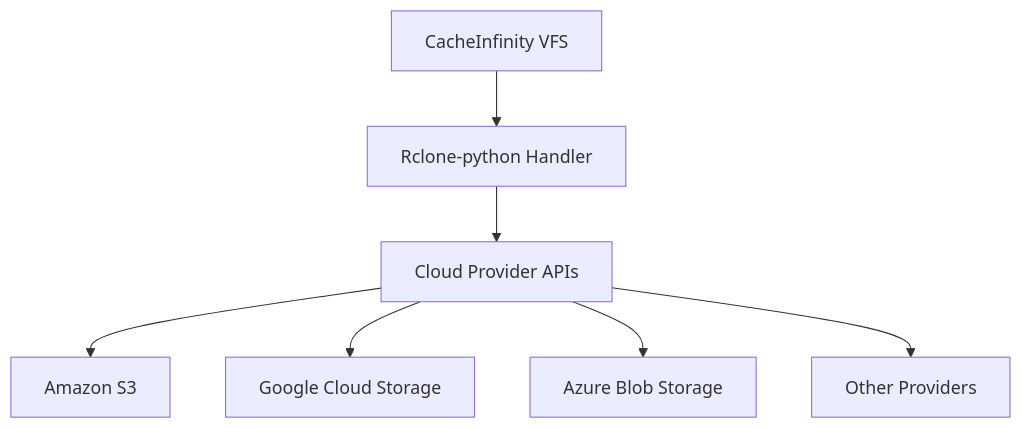
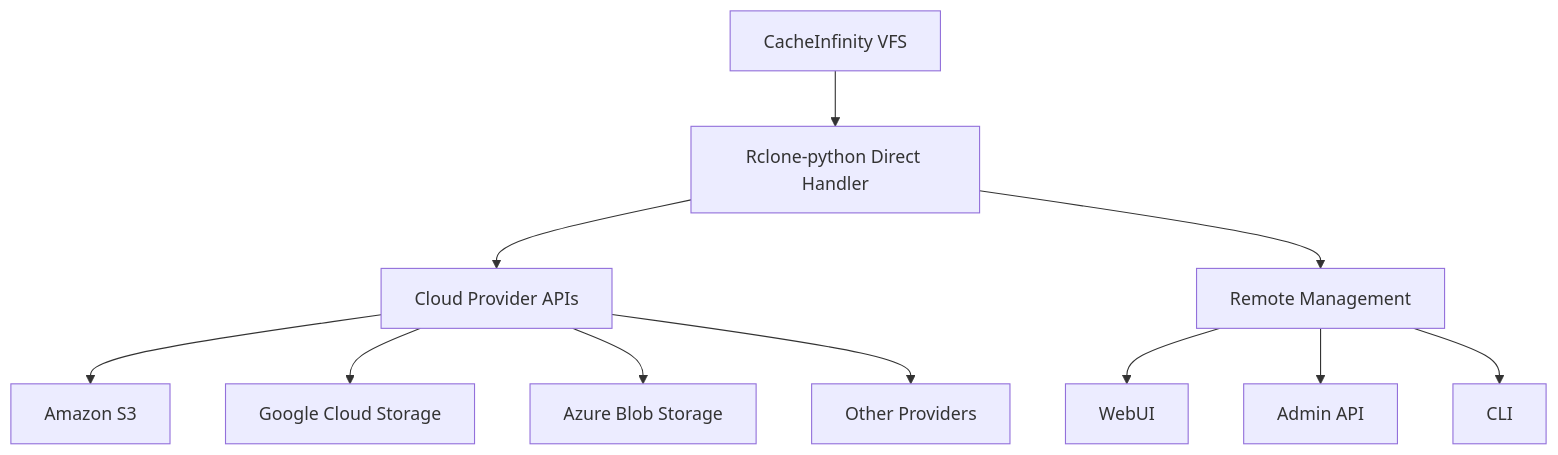
One commit to bi0shacker001/cache-infinity changed the second of 2 diagrams in SPEC.md. Above: the diagram before and after it, drawn with Mermaid. The commit also changed other lines of this file and 57 other files, not shown here.

````diff
--- a/SPEC.md
+++ b/SPEC.md
@@ -354,9 +353,13 @@
 ```mermaid
 graph TD
-    A[CacheInfinity VFS] --> B[Rclone-python Handler]
+    A[CacheInfinity VFS] --> B[Rclone-python Direct Handler]
     B --> C[Cloud Provider APIs]
     C --> D[Amazon S3]
     C --> E[Google Cloud Storage]
     C --> F[Azure Blob Storage]
     C --> G[Other Providers]
+    B --> H[Remote Management]
+    H --> I[WebUI]
+    H --> J[Admin API]
+    H --> K[CLI]
 ```
````
